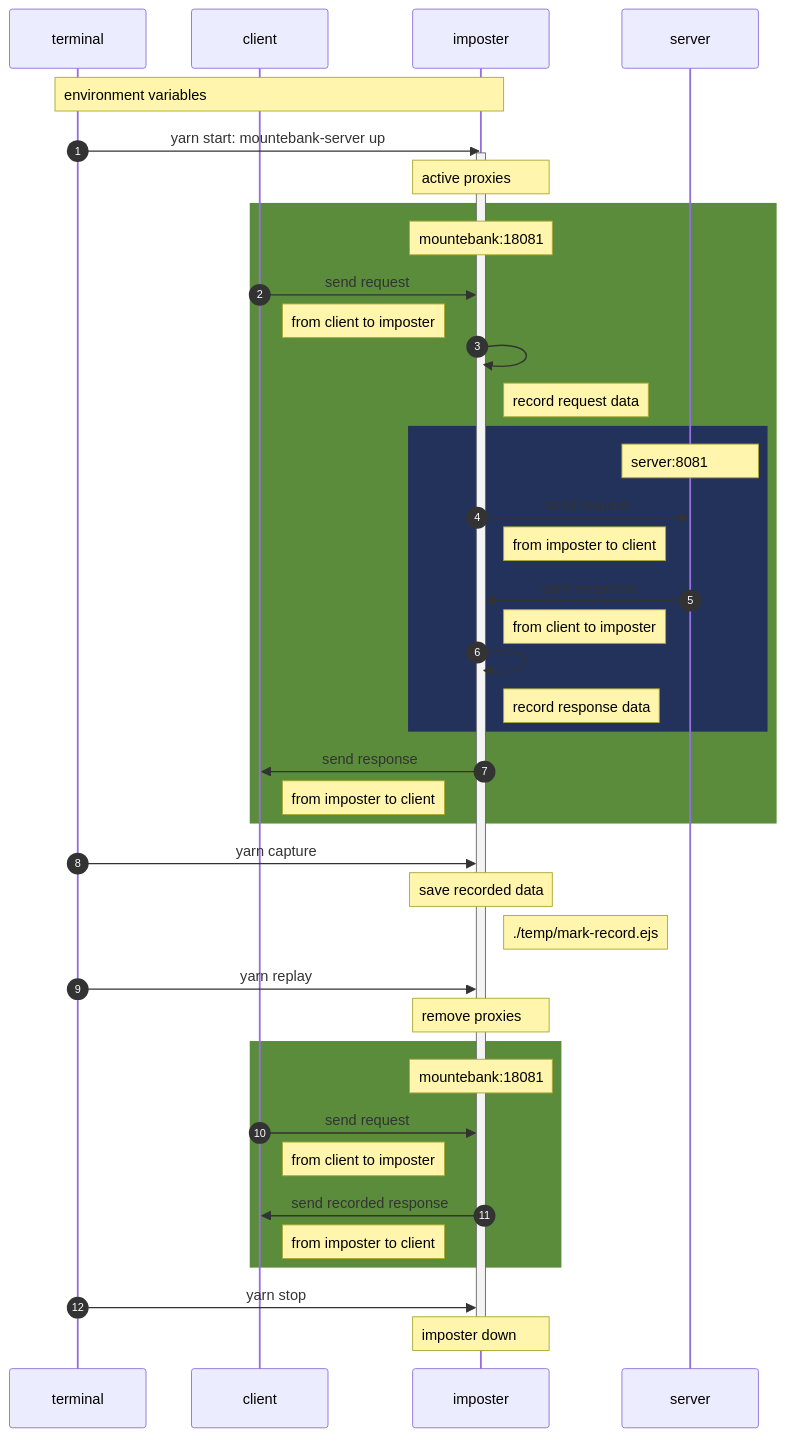
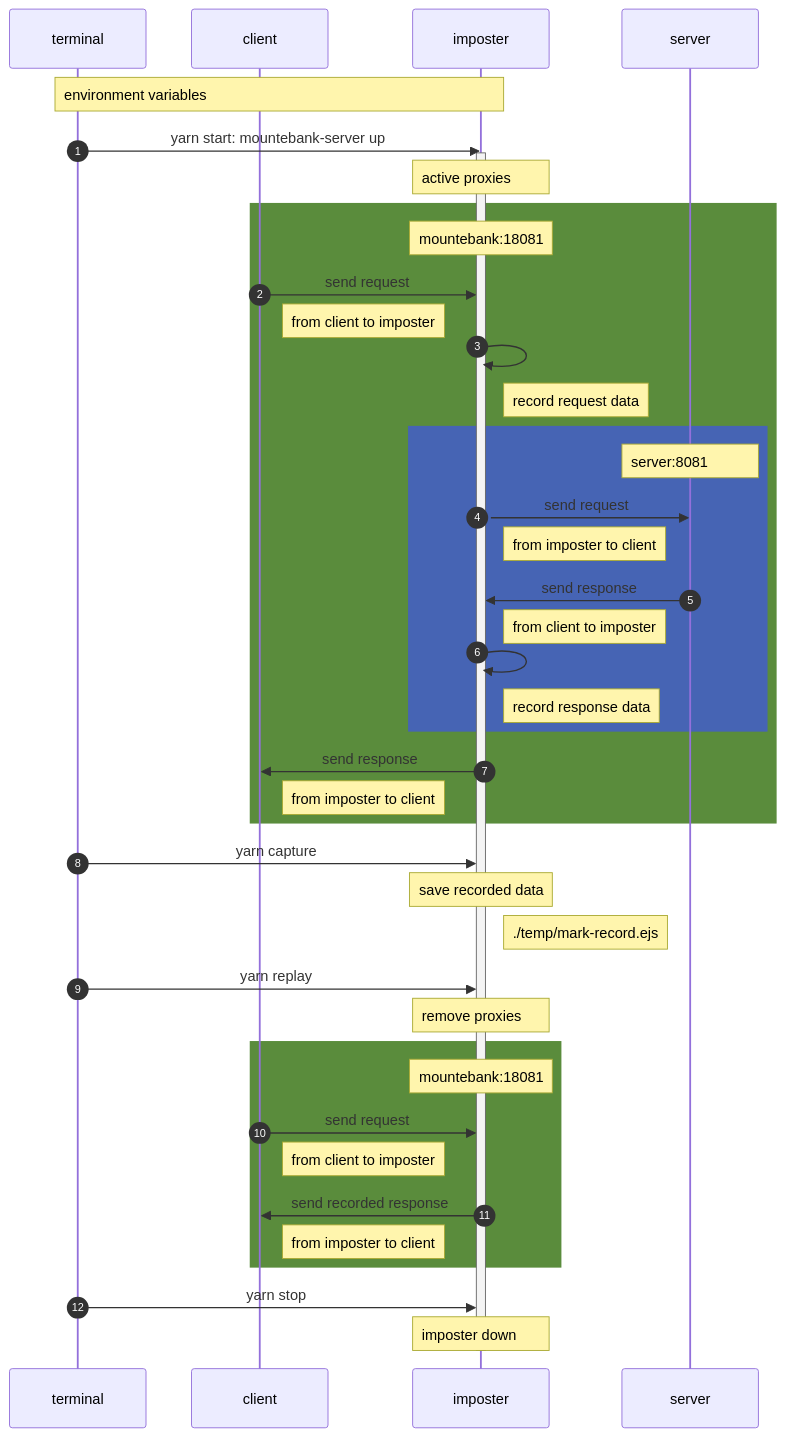
One commit to ddongEee/day1 changed the first of 2 diagrams in build-src/system-stub/README.md. Above: the diagram before and after it, drawn with Mermaid. The commit also changed other lines of this file and 3 other files, not shown here.

````diff
--- a/build-src/system-stub/README.md
+++ b/build-src/system-stub/README.md
@@ -48,66 +57,66 @@
 ```mermaid
 %%{
   init: {
     "fontFamily": "Noto Sans KR, sans-serif",
     "sequence": {
       "showSequenceNumbers": true,
       "noteAlign": "left",
       "noteFontFamily": "Oswald, sans-serif"
     }
   }
 }%%
 sequenceDiagram
     participant terminal
     participant client
     participant imposter
     participant server
 
     Note over terminal,imposter: environment variables
     terminal ->> imposter: yarn start: mountebank-server up
     activate imposter
     Note over imposter: active proxies
 
     rect rgb(90, 140, 60)
     Note over imposter: mountebank:18081
     client ->> imposter: send request
     Note right of client: from client to imposter
 
     imposter ->> imposter: 
     Note right of imposter: record request data
 
-    rect rgb(35, 50, 90)
+    rect rgb(70, 100, 180)
     Note over server: server:8081
     imposter ->> server: send request
     Note right of imposter: from imposter to client
 
     server ->> imposter: send response
     Note right of imposter: from client to imposter
 
     imposter ->> imposter: 
     Note right of imposter: record response data
     end
 
     imposter ->> client: send response
     Note right of client: from imposter to client
     end
 
     terminal ->> imposter: yarn capture
     Note over imposter: save recorded data
     Note right of imposter: ./temp/mark-record.ejs
     
 
     terminal ->> imposter: yarn replay
     Note over imposter: remove proxies
     rect rgb(90, 140, 60)
     Note over imposter: mountebank:18081
 
     client ->> imposter: send request
     Note right of client: from client to imposter
 
     imposter ->> client: send recorded response
     Note right of client: from imposter to client
     end
     terminal ->> imposter: yarn stop
     Note over imposter: imposter down
     deactivate imposter
 ```
````
